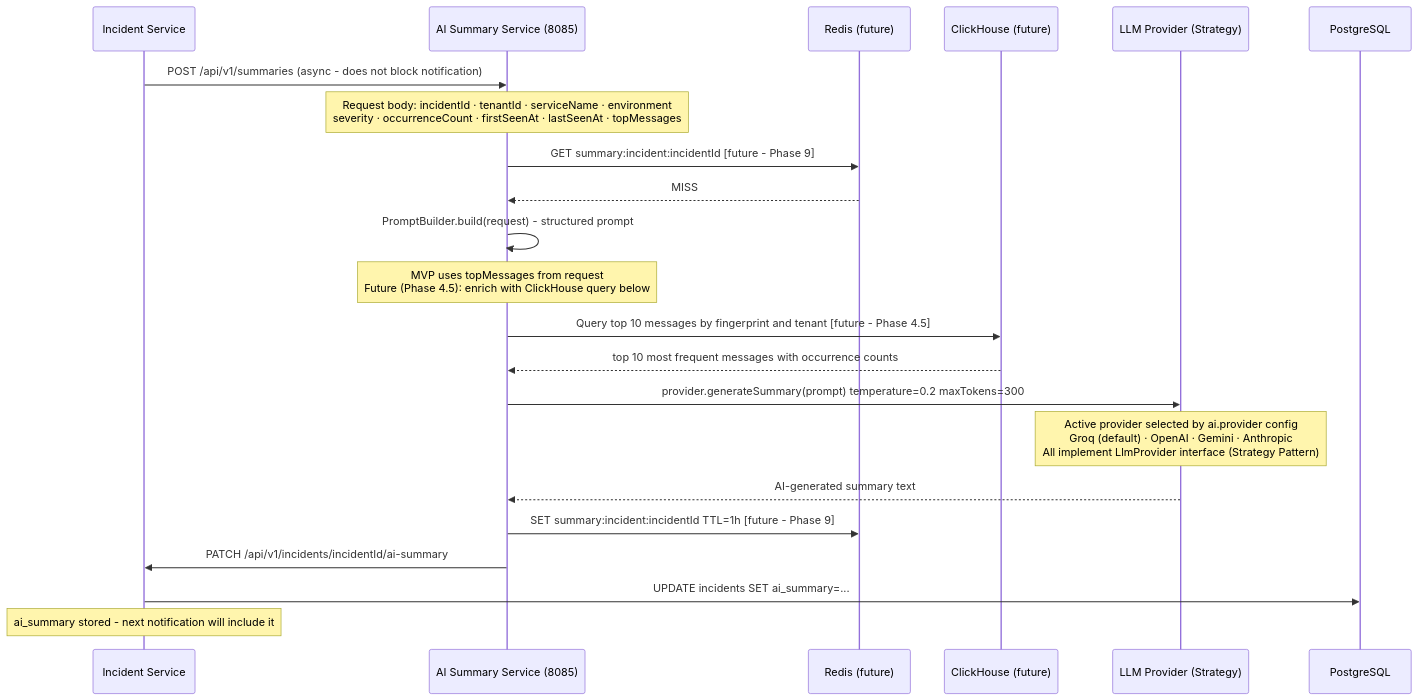
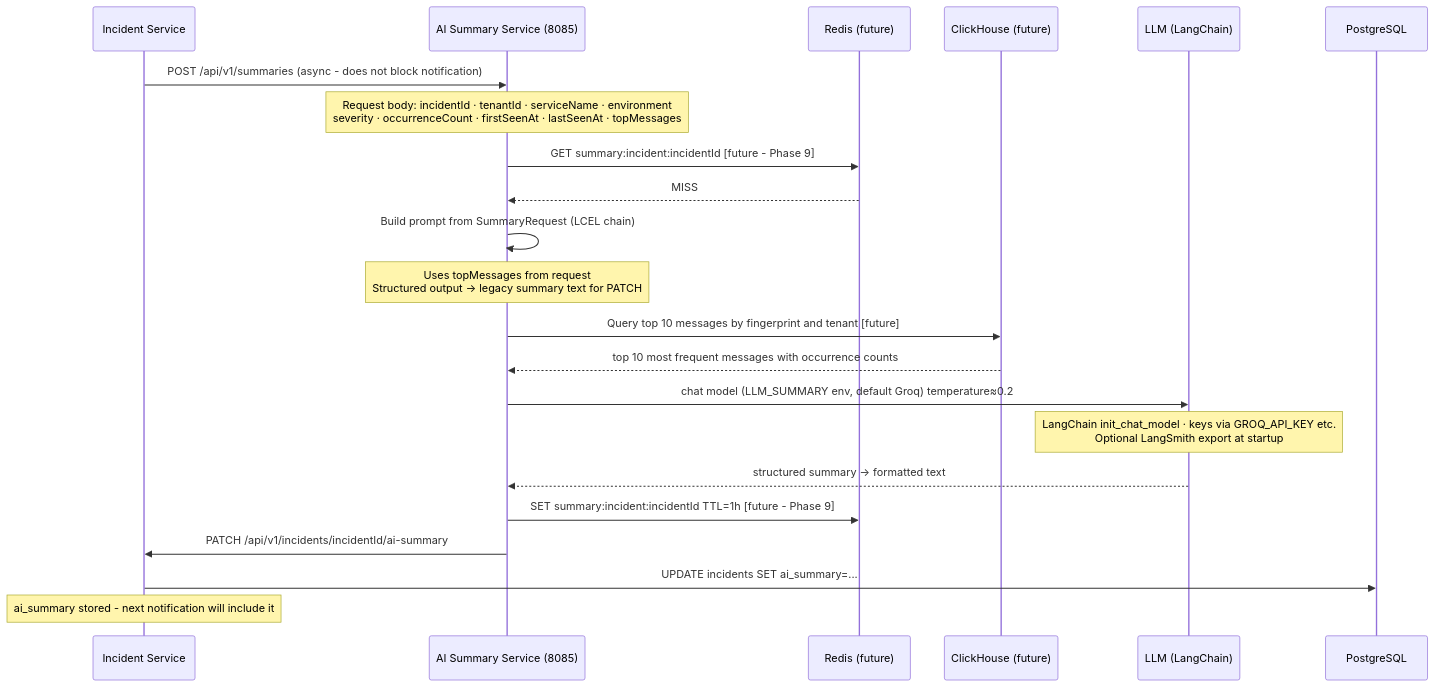
One commit to log0labs/log0-website changed the seventh of 12 diagrams in content/docs/architecture/flow-diagrams.mdx. Above: the diagram before and after it, drawn with Mermaid. The commit also changed 9 other files, not shown here.

````diff
--- a/content/docs/architecture/flow-diagrams.mdx
+++ b/content/docs/architecture/flow-diagrams.mdx
@@ -396,31 +396,31 @@
 ```mermaid
 sequenceDiagram
     participant IS as Incident Service
     participant AIS as AI Summary Service (8085)
     participant Cache as Redis (future)
     participant CH as ClickHouse (future)
-    participant LLM as LLM Provider (Strategy)
+    participant LLM as LLM (LangChain)
     participant PG as PostgreSQL
 
     IS->>AIS: POST /api/v1/summaries (async - does not block notification)
     Note over AIS: Request body: incidentId · tenantId · serviceName · environment<br/>severity · occurrenceCount · firstSeenAt · lastSeenAt · topMessages
 
     AIS->>Cache: GET summary:incident:incidentId [future - Phase 9]
     Cache-->>AIS: MISS
 
-    AIS->>AIS: PromptBuilder.build(request) - structured prompt
-    Note over AIS: MVP uses topMessages from request<br/>Future (Phase 4.5): enrich with ClickHouse query below
+    AIS->>AIS: Build prompt from SummaryRequest (LCEL chain)
+    Note over AIS: Uses topMessages from request<br/>Structured output → legacy summary text for PATCH
 
-    AIS->>CH: Query top 10 messages by fingerprint and tenant [future - Phase 4.5]
+    AIS->>CH: Query top 10 messages by fingerprint and tenant [future]
     CH-->>AIS: top 10 most frequent messages with occurrence counts
 
-    AIS->>LLM: provider.generateSummary(prompt) temperature=0.2 maxTokens=300
-    Note over LLM: Active provider selected by ai.provider config<br/>Groq (default) · OpenAI · Gemini · Anthropic<br/>All implement LlmProvider interface (Strategy Pattern)
-    LLM-->>AIS: AI-generated summary text
+    AIS->>LLM: chat model (LLM_SUMMARY env, default Groq) temperature≈0.2
+    Note over LLM: LangChain init_chat_model · keys via GROQ_API_KEY etc.<br/>Optional LangSmith export at startup
+    LLM-->>AIS: structured summary → formatted text
 
     AIS->>Cache: SET summary:incident:incidentId TTL=1h [future - Phase 9]
     AIS->>IS: PATCH /api/v1/incidents/incidentId/ai-summary
     IS->>PG: UPDATE incidents SET ai_summary=...
 
     Note over IS: ai_summary stored - next notification will include it
 ```
````
